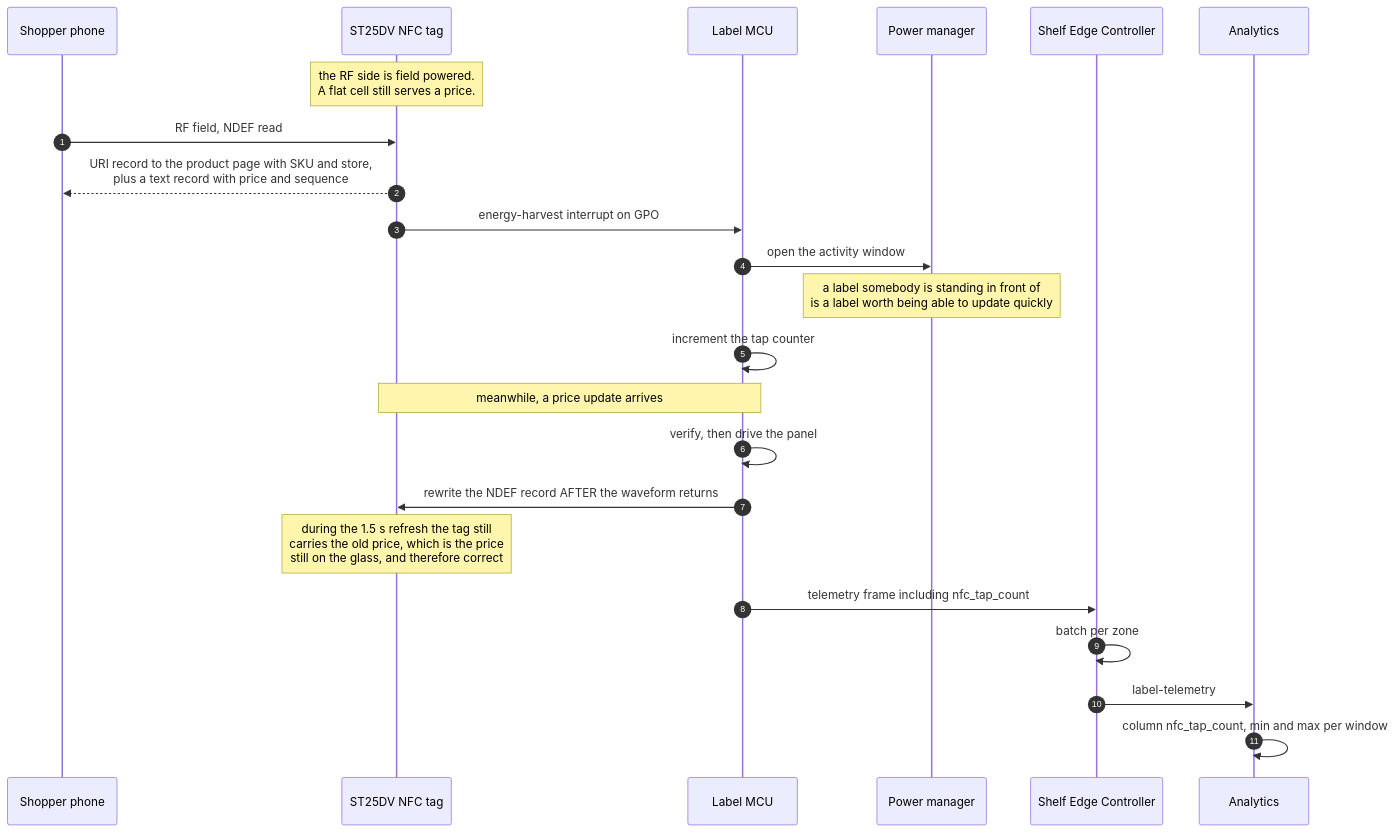
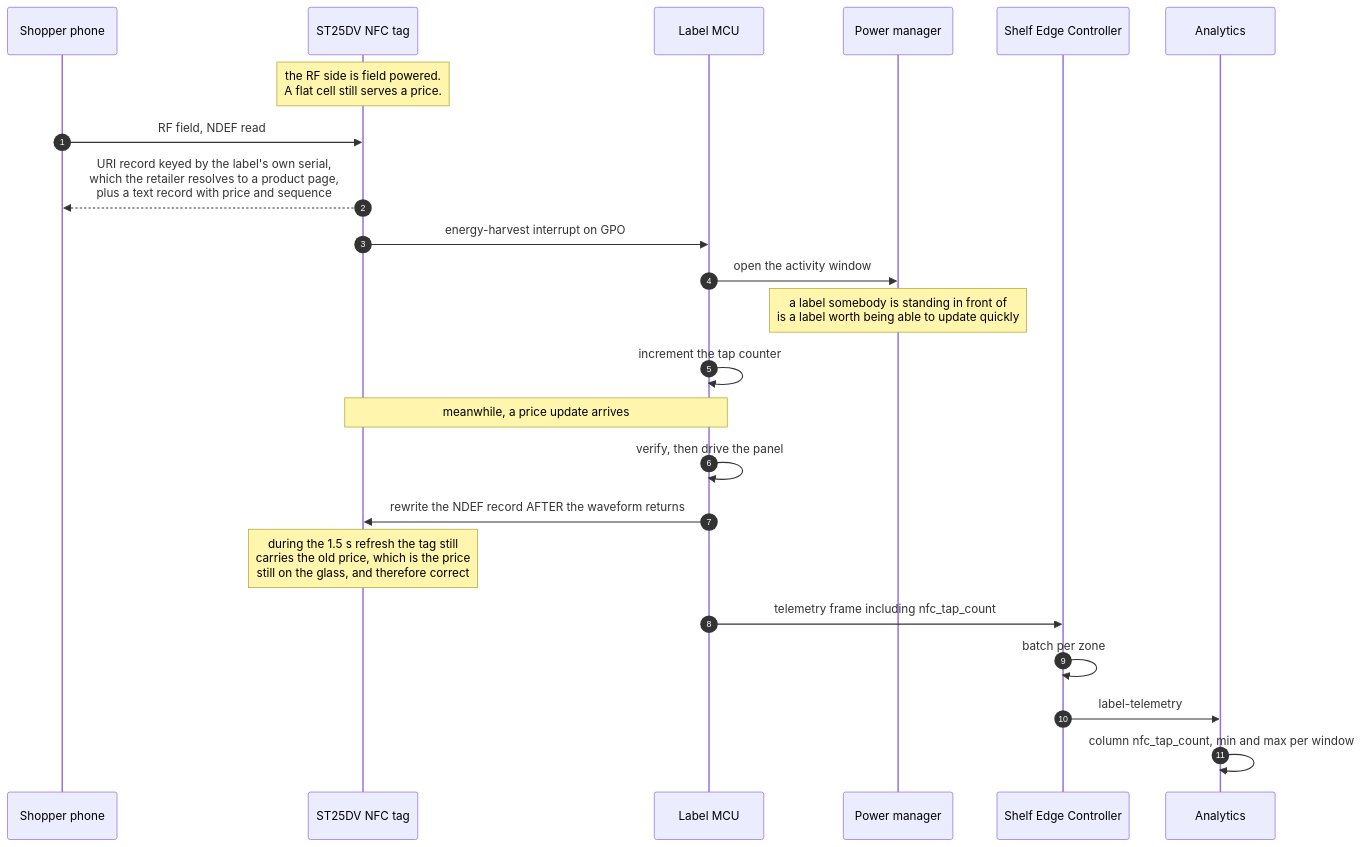
Diagram 14 of 14 in docs/architecture/05-sequence-diagrams.md (udaykishore-resu/usslp-platform), drawn with Mermaid before and after one commit. The commit also changed other lines of this file and 16 other files, not shown here.

First line of the commit message:
docs: add a diagram index, and audit every diagram against the code

````diff
--- a/docs/architecture/05-sequence-diagrams.md
+++ b/docs/architecture/05-sequence-diagrams.md
@@ -1127,28 +1127,28 @@
 ```mermaid
 sequenceDiagram
     autonumber
     participant PH as Shopper phone
     participant TAG as ST25DV NFC tag
     participant MCU as Label MCU
     participant PWR as Power manager
     participant SEC as Shelf Edge Controller
     participant AN as Analytics
 
     Note over TAG: the RF side is field powered.<br/>A flat cell still serves a price.
     PH->>TAG: RF field, NDEF read
-    TAG-->>PH: URI record to the product page with SKU and store,<br/>plus a text record with price and sequence
+    TAG-->>PH: URI record keyed by the label's own serial,<br/>which the retailer resolves to a product page,<br/>plus a text record with price and sequence
     TAG->>MCU: energy-harvest interrupt on GPO
     MCU->>PWR: open the activity window
     Note over PWR: a label somebody is standing in front of<br/>is a label worth being able to update quickly
     MCU->>MCU: increment the tap counter
 
     Note over MCU,TAG: meanwhile, a price update arrives
     MCU->>MCU: verify, then drive the panel
     MCU->>TAG: rewrite the NDEF record AFTER the waveform returns
     Note over TAG: during the 1.5 s refresh the tag still<br/>carries the old price, which is the price<br/>still on the glass, and therefore correct
 
     MCU->>SEC: telemetry frame including nfc_tap_count
     SEC->>SEC: batch per zone
     SEC->>AN: label-telemetry
     AN->>AN: column nfc_tap_count, min and max per window
 ```
````
